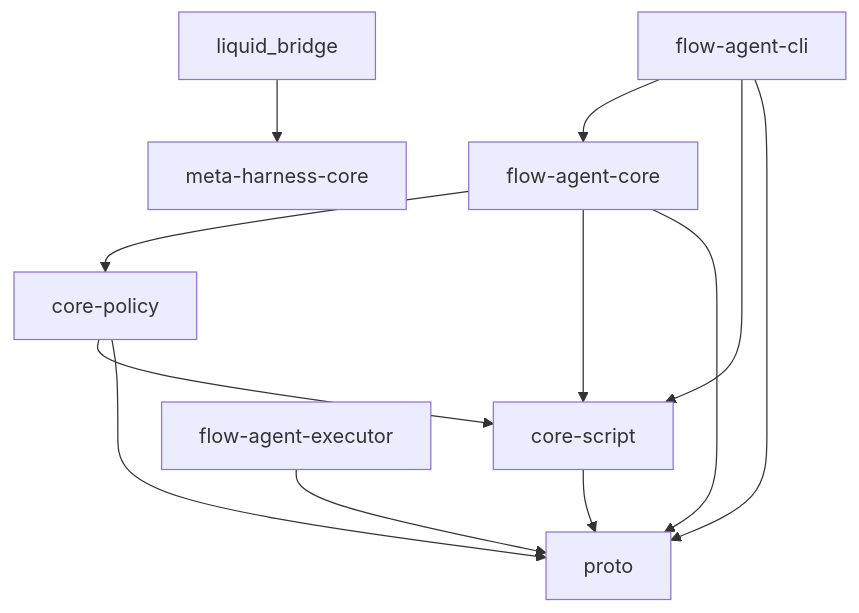
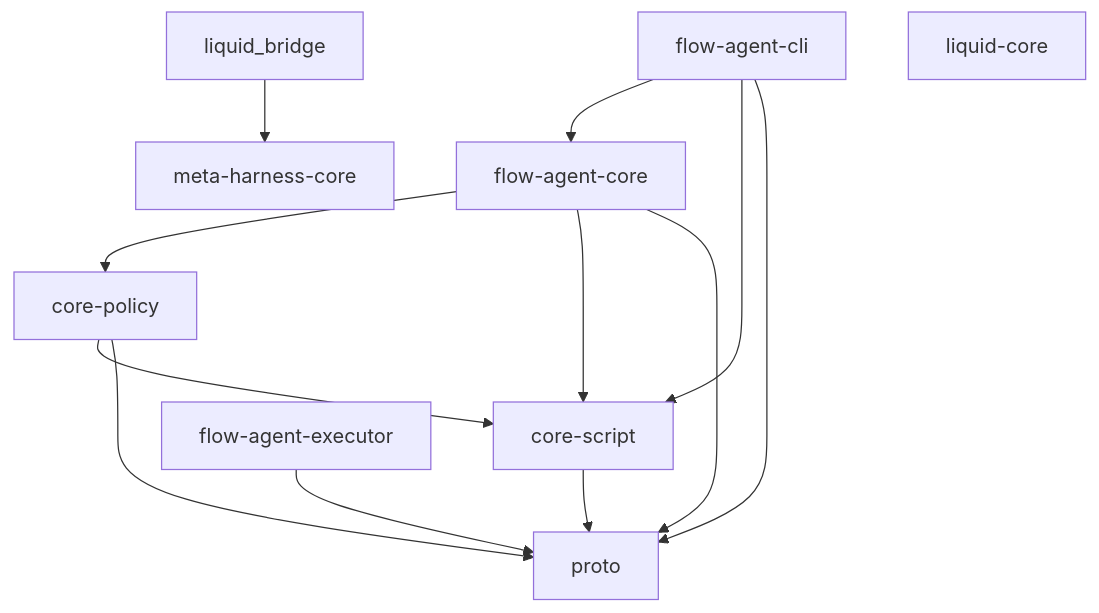
Before and after one commit to Open-Equilibrium/watershed: the first of 3 diagrams in docs/architecture.md, drawn with Mermaid. The commit also changed 26 other files, not shown here.

First line of the commit message:
liquid: add the Workspace core with its mutation pipeline (#22)

````diff
--- a/docs/architecture.md
+++ b/docs/architecture.md
@@ -9,14 +9,15 @@
 ```mermaid
 flowchart TD
   C[flow-agent-cli] --> F[flow-agent-core]
   C --> S[core-script]
   C --> R[proto]
   E[flow-agent-executor] --> R
   F --> P[core-policy]
   F --> S
   F --> R
   P --> S
   P --> R
   S --> R
   L[liquid_bridge] --> M[meta-harness-core]
+  LC[liquid-core]
 ```
````
